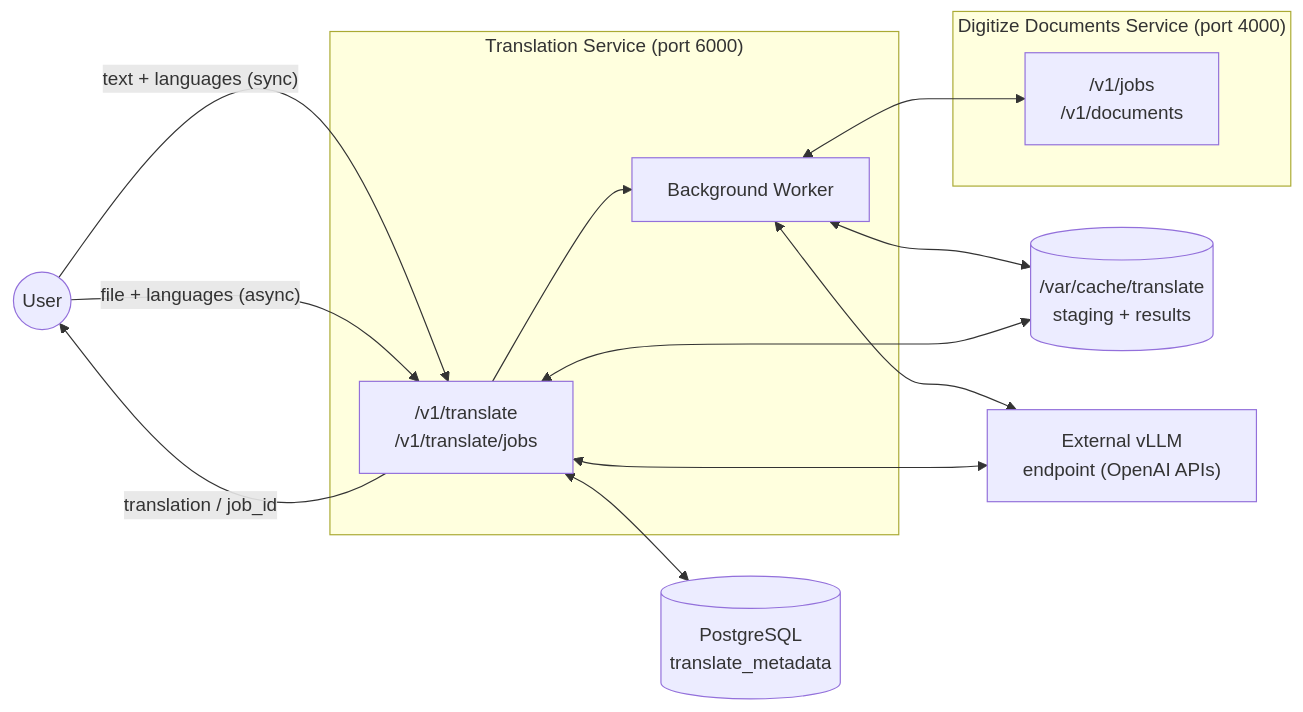
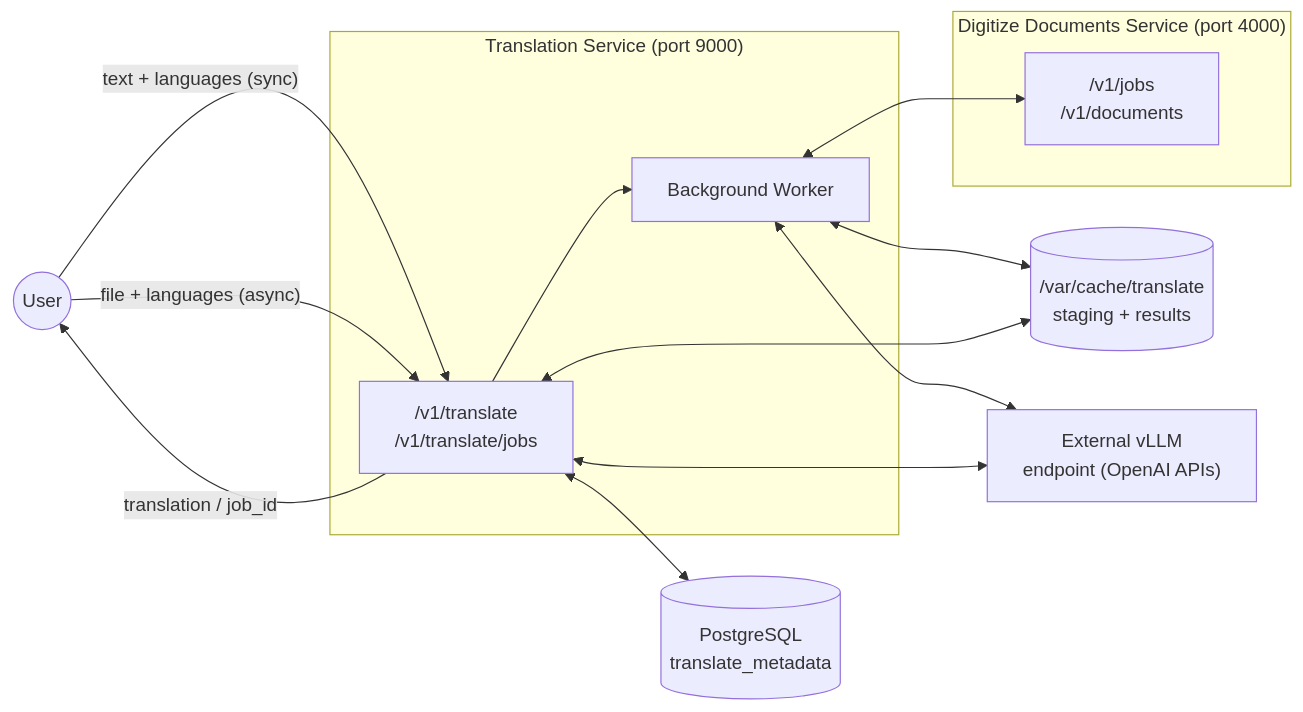
Before and after one commit to IBM/project-ai-services: the first of 2 diagrams in docs/proposals/translation_service_proposal.md, drawn with Mermaid. The commit also changed other lines of this file, not shown here.

````diff
--- a/docs/proposals/translation_service_proposal.md
+++ b/docs/proposals/translation_service_proposal.md
@@ -199,28 +195,28 @@
 ```mermaid
 graph LR
     U((User))
 
-    subgraph P1 ["Translation Service (port 6000)"]
+    subgraph P1 ["Translation Service (port 9000)"]
         API["/v1/translate<br/>/v1/translate/jobs"]
         W["Background Worker"]
     end
 
     subgraph P2 ["Digitize Documents Service (port 4000)"]
         DIG["/v1/jobs<br/>/v1/documents"]
     end
 
     PG[("PostgreSQL<br/>translate_metadata")]
     FS[("/var/cache/translate<br/>staging + results")]
     VLLM["External vLLM<br/>endpoint (OpenAI APIs)"]
 
     U -->|"text + languages (sync)"| API
     U -->|"file + languages (async)"| API
     API -->|"translation / job_id"| U
     API <--> PG
     API --> W
     W <--> DIG
     W <--> VLLM
     API <--> VLLM
     W <--> FS
     API <--> FS
 ```
````
